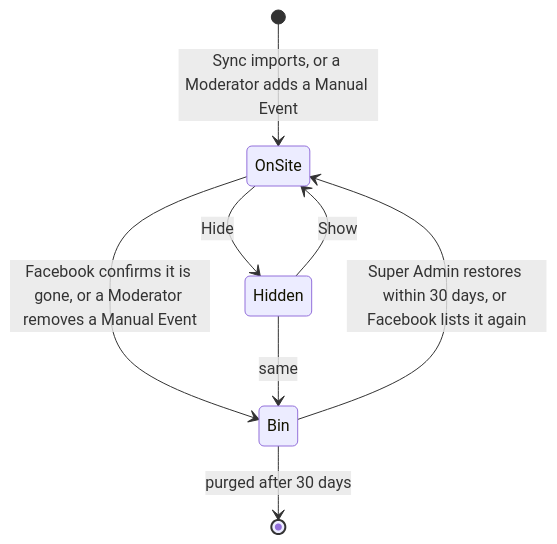
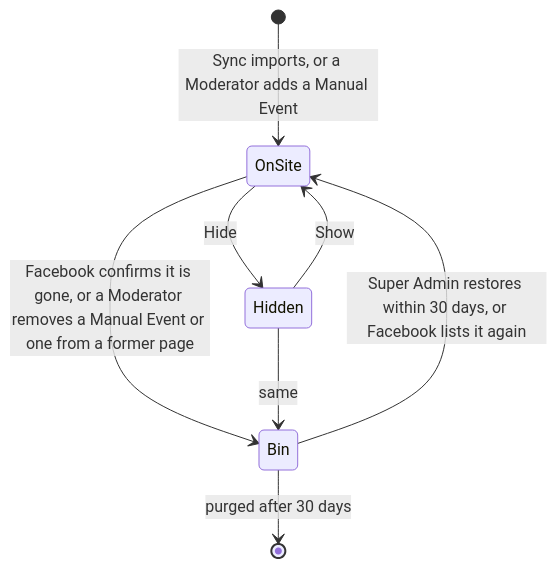
Before and after one commit to filip-be/folk-ms: the diagram in docs/event-management/README.md, drawn with Mermaid. The commit also changed other lines of this file and 7 other files, not shown here.

First line of the commit message:
Let Moderators move Events from a former Facebook page to the Bin

````diff
--- a/docs/event-management/README.md
+++ b/docs/event-management/README.md
@@ -11,10 +11,10 @@
 ```mermaid
 stateDiagram-v2
   [*] --> OnSite: Sync imports, or a Moderator adds a Manual Event
   OnSite --> Hidden: Hide
   Hidden --> OnSite: Show
-  OnSite --> Bin: Facebook confirms it is gone, or a Moderator removes a Manual Event
+  OnSite --> Bin: Facebook confirms it is gone, or a Moderator removes a Manual Event or one from a former page
   Hidden --> Bin: same
   Bin --> OnSite: Super Admin restores within 30 days, or Facebook lists it again
   Bin --> [*]: purged after 30 days
 ```
````
